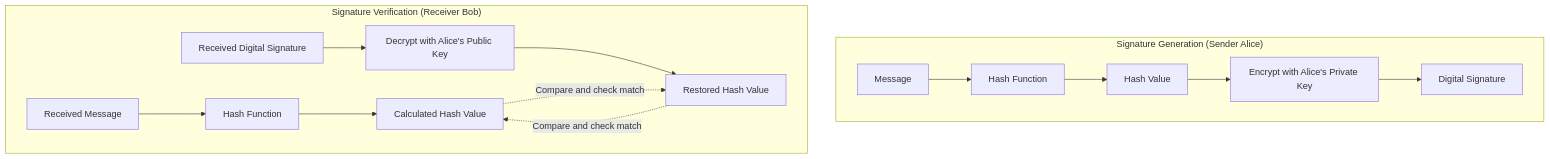
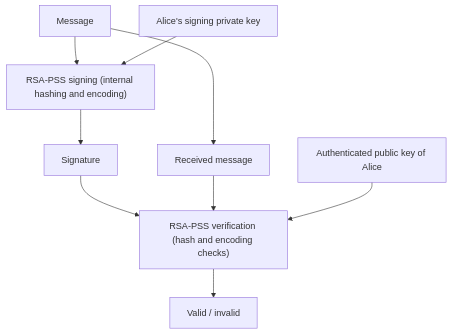
Before and after one commit to kenjinote/blog: the second of 3 diagrams in content/post/modern-cryptography-public-key-hash-signature/index.en.md, drawn with Mermaid. The commit also changed other lines of this file and 6 other files, not shown here.

Commit message:
Review cryptography source and English with verified RSA and signature examples

````diff
--- a/content/post/modern-cryptography-public-key-hash-signature/index.en.md
+++ b/content/post/modern-cryptography-public-key-hash-signature/index.en.md
@@ -231,20 +218,11 @@
 ```mermaid
 graph TD
-    subgraph "Signature Generation (Sender Alice)"
-        M1["Message"] --> H1["Hash Function"]
-        H1 --> Hash1["Hash Value"]
-        Hash1 --> Sign["Encrypt with Alice's Private Key"]
-        Sign --> Sig["Digital Signature"]
-    end
-
-    subgraph "Signature Verification (Receiver Bob)"
-        M2["Received Message"] --> H2["Hash Function"]
-        H2 --> Hash2["Calculated Hash Value"]
-        
-        Sig2["Received Digital Signature"] --> Ver["Decrypt with Alice's Public Key"]
-        Ver --> Hash3["Restored Hash Value"]
-        
-        Hash2 -.->|"Compare and check match"| Hash3
-        Hash3 -.->|"Compare and check match"| Hash2
-    end
+    M["Message"] --> S["RSA-PSS signing (internal hashing and encoding)"]
+    SK["Alice's signing private key"] --> S
+    S --> SIG["Signature"]
+    M --> RM["Received message"]
+    SIG --> V["RSA-PSS verification (hash and encoding checks)"]
+    RM --> V
+    PK["Authenticated public key of Alice"] --> V
+    V --> R["Valid / invalid"]
 ```
````
